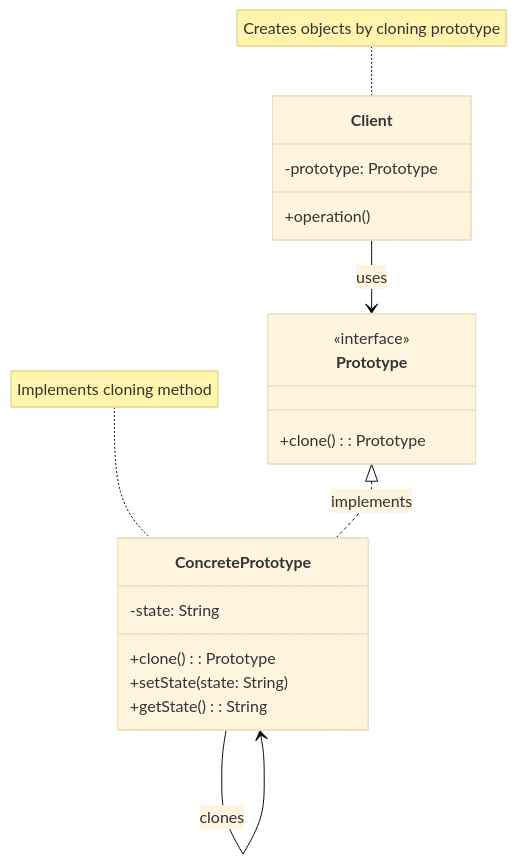
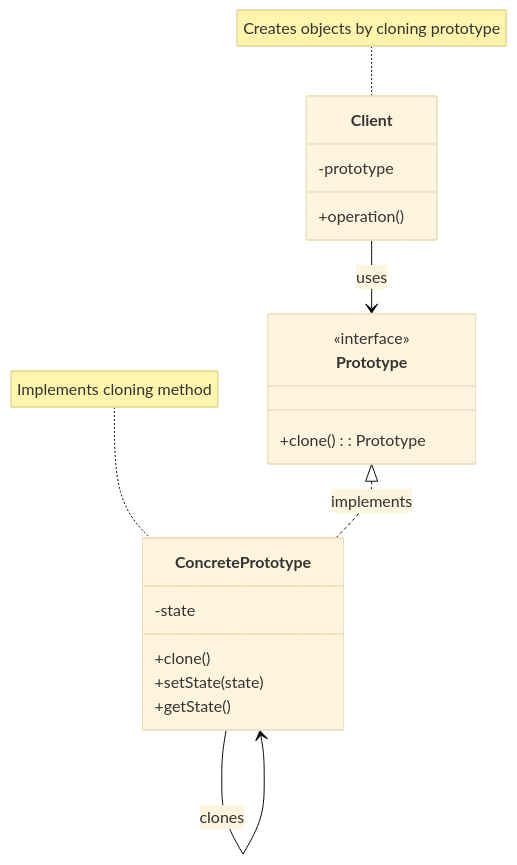
The first of 3 diagrams in resources/design-patterns/laravel/creational/prototype_en.md (fanly/DesignPattern), drawn with Mermaid (base theme) before and after one commit. The commit also changed 17 other files, not shown here.

````diff
--- a/resources/design-patterns/laravel/creational/prototype_en.md
+++ b/resources/design-patterns/laravel/creational/prototype_en.md
@@ -11,26 +11,26 @@
 ```mermaid
 classDiagram
     class Prototype {
         <<interface>>
         +clone(): Prototype
     }
     
     class ConcretePrototype {
-        -state: String
-        +clone(): Prototype
-        +setState(state: String)
-        +getState(): String
+        -state
+        +clone()
+        +setState(state)
+        +getState()
     }
     
     class Client {
-        -prototype: Prototype
+        -prototype
         +operation()
     }
     
     Prototype <|.. ConcretePrototype : implements
     Client --> Prototype : uses
     ConcretePrototype --> ConcretePrototype : clones
     
     note for ConcretePrototype "Implements cloning method"
     note for Client "Creates objects by cloning prototype"
 ```
````
